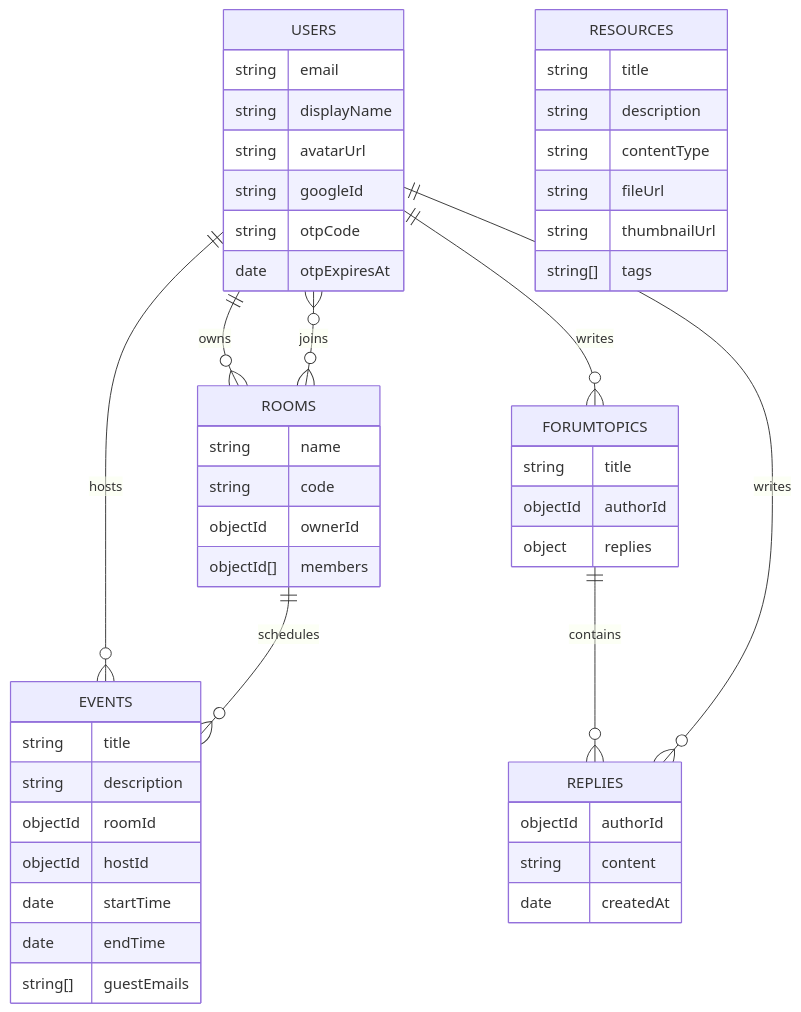
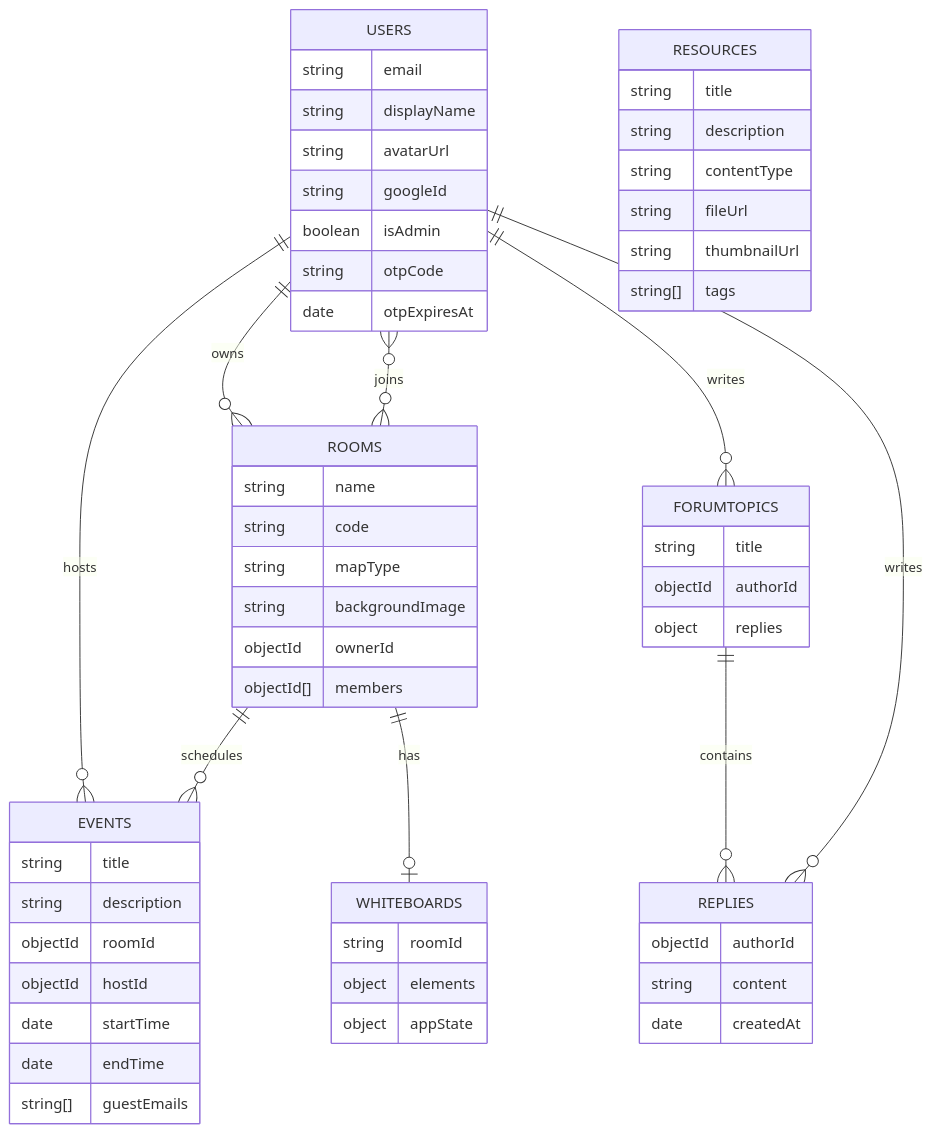
Before and after one commit to locpham-gh/the-gathering-03: the fourth of 4 diagrams in docs/SRS_1.md, drawn with Mermaid. The commit also changed other lines of this file and 43 other files, not shown here.

````diff
--- a/docs/SRS_1.md
+++ b/docs/SRS_1.md
@@ -192,57 +198,67 @@
 ```mermaid
 erDiagram
     USERS ||--o{ ROOMS : owns
     USERS }o--o{ ROOMS : joins
     USERS ||--o{ EVENTS : hosts
     ROOMS ||--o{ EVENTS : schedules
     USERS ||--o{ FORUMTOPICS : writes
     FORUMTOPICS ||--o{ REPLIES : contains
     USERS ||--o{ REPLIES : writes
 
     USERS {
       string email
       string displayName
       string avatarUrl
       string googleId
+      boolean isAdmin
       string otpCode
       date otpExpiresAt
     }
 
     ROOMS {
       string name
       string code
+      string mapType
+      string backgroundImage
       objectId ownerId
       objectId[] members
     }
 
     EVENTS {
       string title
       string description
       objectId roomId
       objectId hostId
       date startTime
       date endTime
       string[] guestEmails
     }
 
     FORUMTOPICS {
       string title
       objectId authorId
       object replies
     }
 
     RESOURCES {
       string title
       string description
       string contentType
       string fileUrl
       string thumbnailUrl
       string[] tags
     }
 
     REPLIES {
       objectId authorId
       string content
       date createdAt
     }
+
+    WHITEBOARDS {
+      string roomId
+      object elements
+      object appState
+    }
+    ROOMS ||--o| WHITEBOARDS : has
 ```
````
